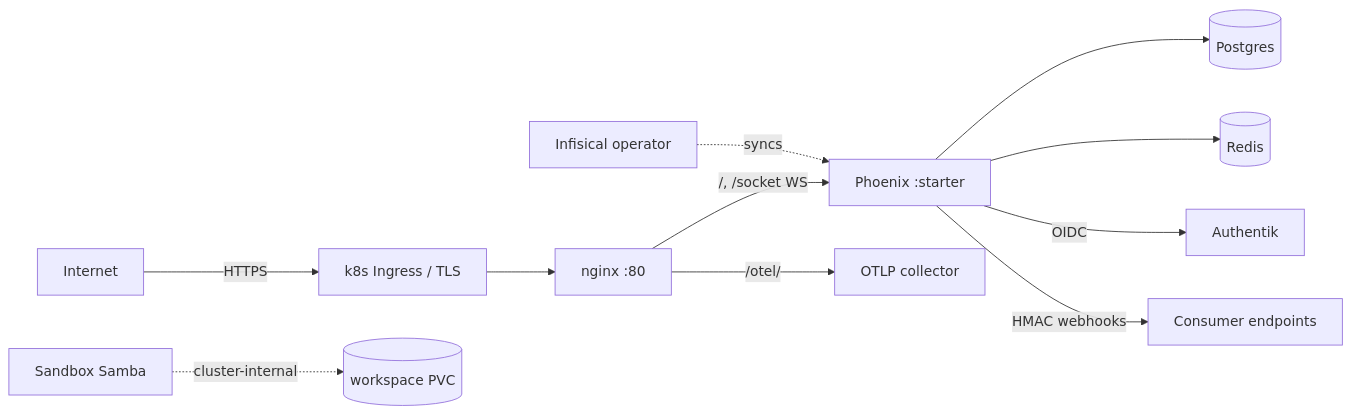
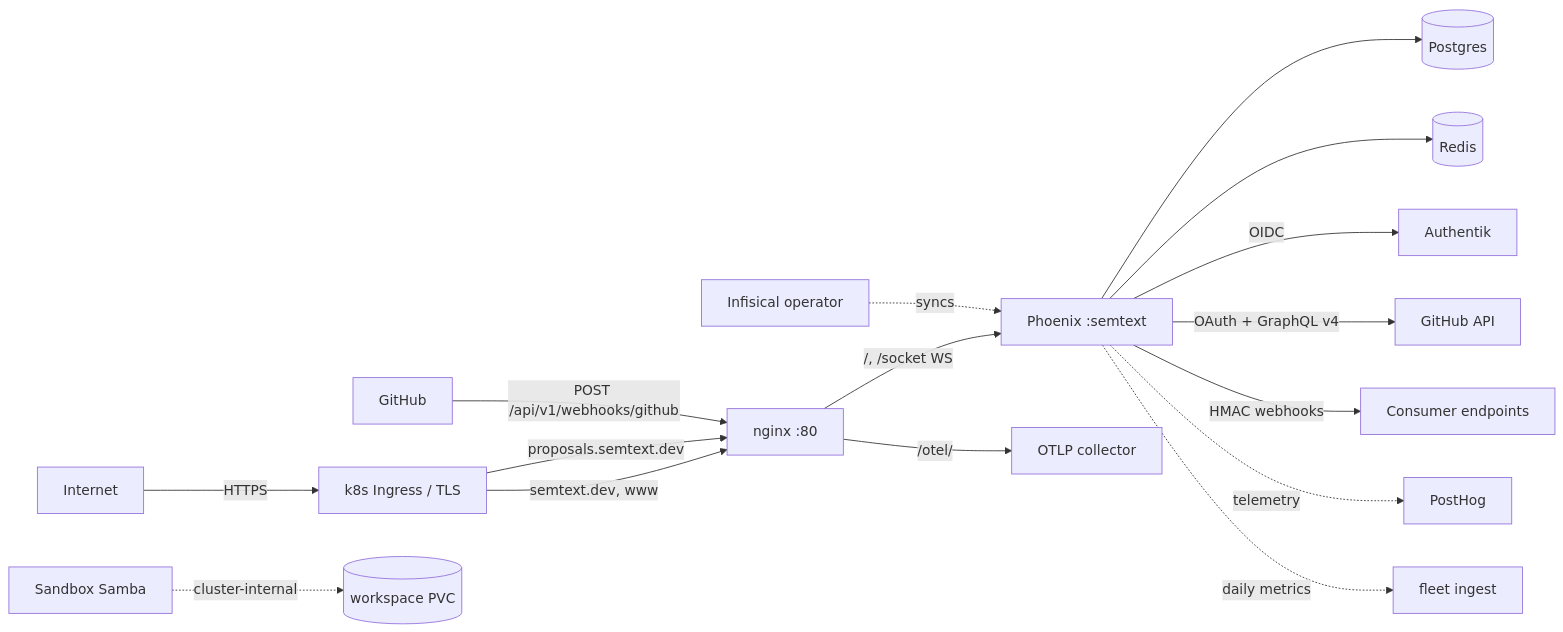
One commit to the-robot-lives/semtext.dev changed the diagram in app/docs/THREAT-MODEL.md. Above: the diagram before and after it, drawn with Mermaid. The commit also changed other lines of this file and 15 other files, not shown here.

First line of the commit message:
docs: doc-sweep 2026-10-26 (layout/arch/schema/threat-model)

````diff
--- a/app/docs/THREAT-MODEL.md
+++ b/app/docs/THREAT-MODEL.md
@@ -17,13 +19,18 @@
 ```mermaid
 graph LR
     Internet -->|HTTPS| Ing[k8s Ingress / TLS]
-    Ing --> Ng[nginx :80]
-    Ng -->|"/, /socket WS"| BE[Phoenix :starter]
+    Ing -->|"semtext.dev, www"| Ng[nginx :80]
+    Ing -->|"proposals.semtext.dev"| Ng
+    Ng -->|"/, /socket WS"| BE[Phoenix :semtext]
     Ng -->|"/otel/"| OTel[OTLP collector]
+    GHApp[GitHub] -->|"POST /api/v1/webhooks/github"| Ng
     BE --> PG[(Postgres)]
     BE --> RD[(Redis)]
     BE -->|OIDC| IdP[Authentik]
+    BE -->|OAuth + GraphQL v4| GH[GitHub API]
     BE -->|HMAC webhooks| WH[Consumer endpoints]
+    BE -.telemetry.-> PH[PostHog]
+    BE -.daily metrics.-> FL[fleet ingest]
     SBX[Sandbox Samba] -.cluster-internal.-> PVC[(workspace PVC)]
     Infis[Infisical operator] -.syncs.-> BE
 ```
````
